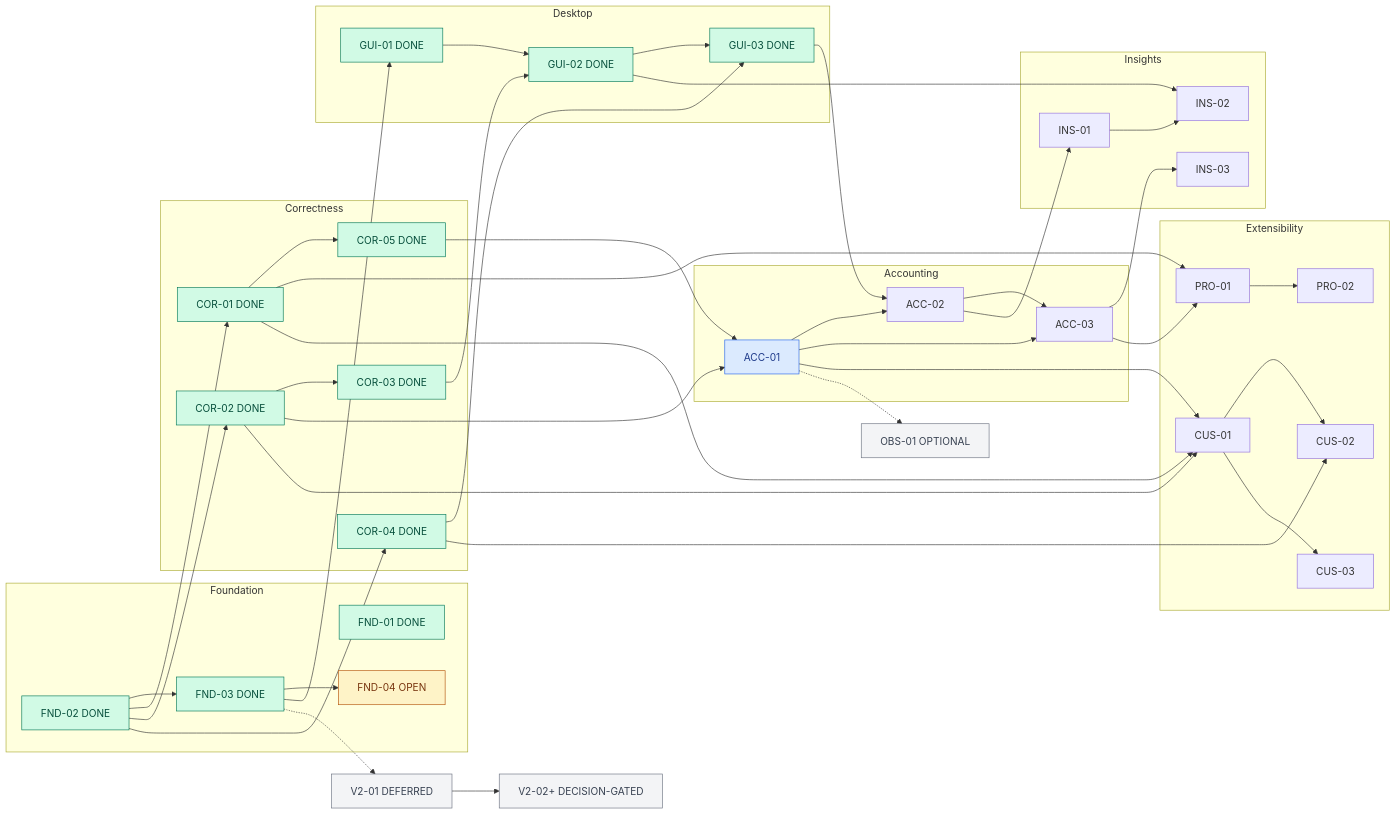
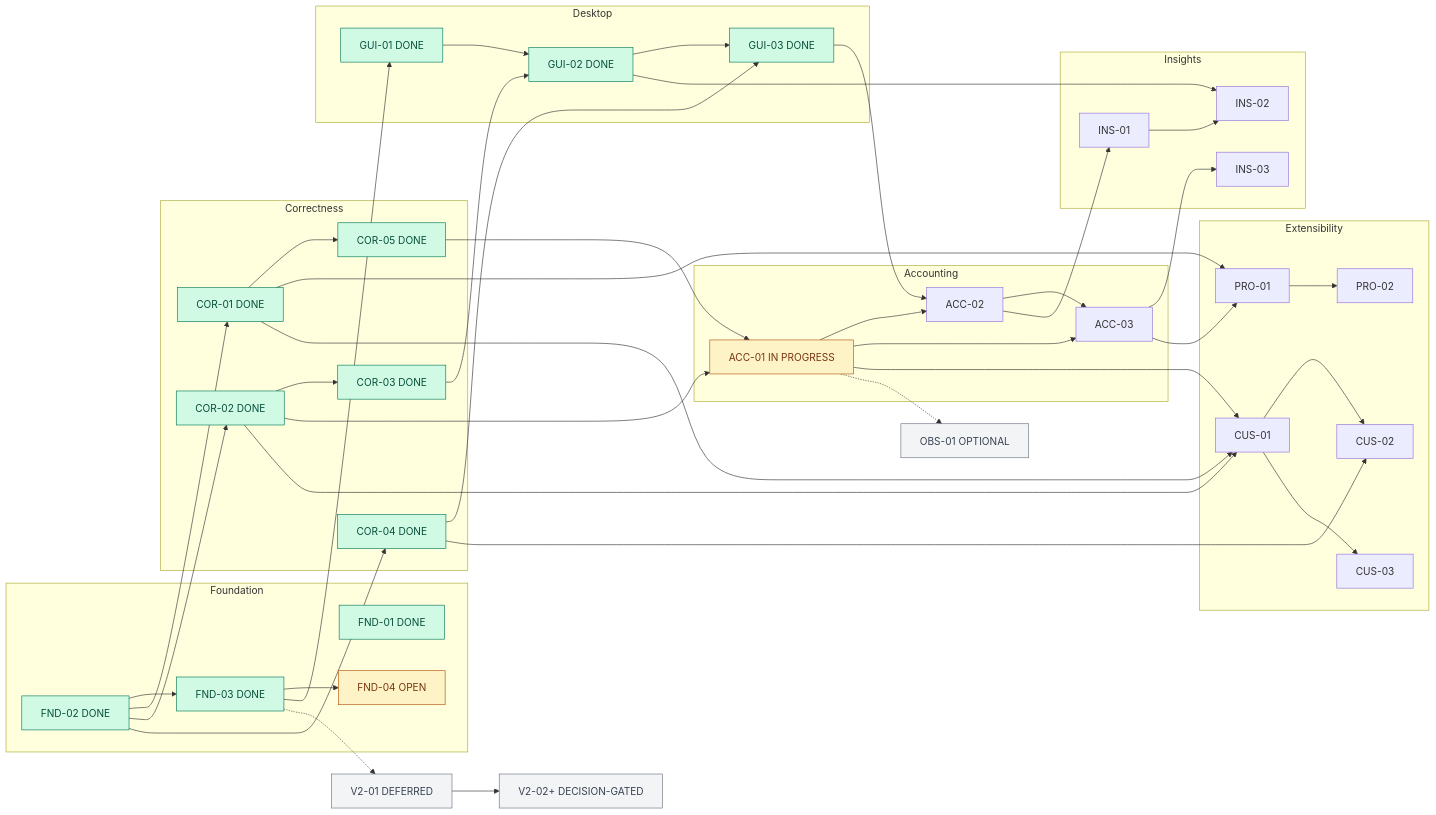
The second of 2 diagrams in docs/UPSTREAM_DELIVERY_PLAN.md (slkiser/opencode-quota), drawn with Mermaid before and after one commit. The commit also changed other lines of this file and 16 other files, not shown here.

````diff
--- a/docs/UPSTREAM_DELIVERY_PLAN.md
+++ b/docs/UPSTREAM_DELIVERY_PLAN.md
@@ -180,58 +180,57 @@
 ```mermaid
 flowchart LR
   subgraph Foundation
     F01["FND-01 DONE"]
     F02["FND-02 DONE"] --> F03["FND-03 DONE"]
     F03 --> F04["FND-04 OPEN"]
   end
   subgraph Correctness
     F02 --> C01["COR-01 DONE"]
     F02 --> C02["COR-02 DONE"]
     C02 --> C03["COR-03 DONE"]
     F02 --> C04["COR-04 DONE"]
     C01 --> C05["COR-05 DONE"]
   end
   subgraph Desktop
     F03 --> G01["GUI-01 DONE"]
     G01 --> G02["GUI-02 DONE"]
     C03 --> G02
     G02 --> G03["GUI-03 DONE"]
     C04 --> G03
   end
   subgraph Accounting
-    C02 --> A01["ACC-01"]
+    C02 --> A01["ACC-01 IN PROGRESS"]
     C05 --> A01
     A01 --> A02["ACC-02"]
     G03 --> A02
     A01 --> A03["ACC-03"]
     A02 --> A03
   end
   subgraph Insights
     A02 --> I01["INS-01"]
     I01 --> I02["INS-02"]
     G02 --> I02
     A03 --> I03["INS-03"]
   end
   subgraph Extensibility
     A03 --> P01["PRO-01"]
     C01 --> P01
     P01 --> P02["PRO-02"]
     A01 --> U01["CUS-01"]
     C01 --> U01
     C02 --> U01
     U01 --> U02["CUS-02"]
     C04 --> U02
     U01 --> U03["CUS-03"]
   end
   A01 -.-> O01["OBS-01 OPTIONAL"]
   F03 -.-> V01["V2-01 DEFERRED"]
   V01 --> V02["V2-02+ DECISION-GATED"]
   classDef done fill:#d1fae5,stroke:#047857,color:#064e3b;
   classDef active fill:#fef3c7,stroke:#b45309,color:#78350f;
   classDef ready fill:#dbeafe,stroke:#2563eb,color:#1e3a8a;
   classDef optional fill:#f3f4f6,stroke:#6b7280,color:#374151;
   class F01,F02,F03,C01,C02,C03,C04,C05,G01,G02,G03 done;
-  class F04 active;
-  class A01 ready;
+  class F04,A01 active;
   class O01,V01,V02 optional;
 ```
````
